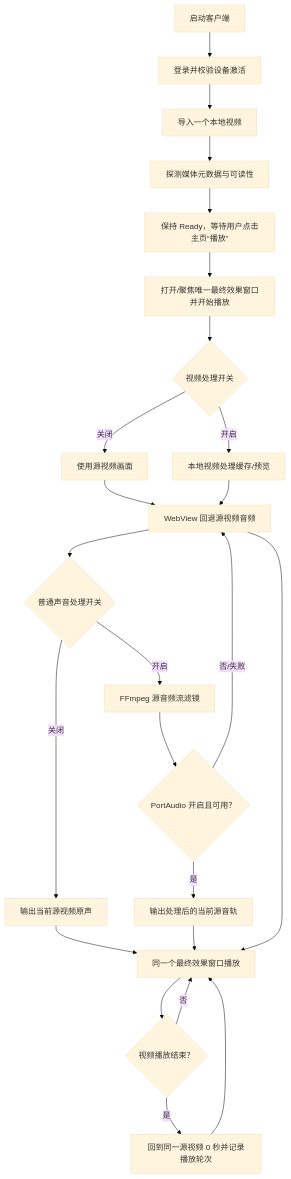
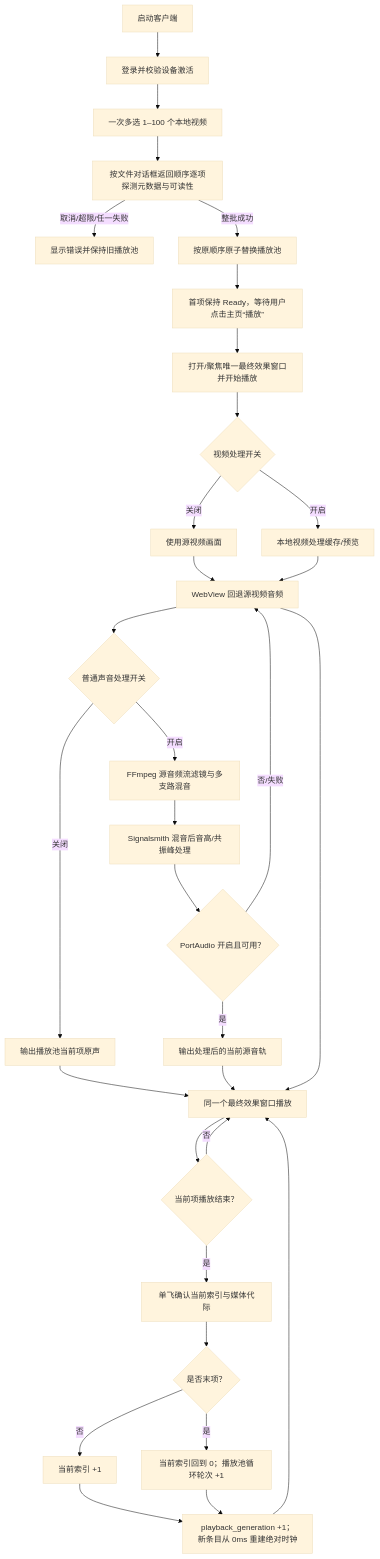
One commit to asd494235908/autolive changed the first of 4 diagrams in 桌面客户端架构.md. Above: the diagram before and after it, drawn with Mermaid (base theme). The commit also changed other lines of this file and 212 other files, not shown here.

Commit message:
feat: complete desktop media pipeline and activation flow

````diff
--- a/桌面客户端架构.md
+++ b/桌面客户端架构.md
@@ -105,26 +119,34 @@
 ```mermaid
 flowchart TD
     A[启动客户端] --> B[登录并校验设备激活]
-    B --> C[导入一个本地视频]
-    C --> D[探测媒体元数据与可读性]
-    D --> Ready[保持 Ready，等待用户点击主页“播放”]
+    B --> C[一次多选 1–100 个本地视频]
+    C --> D[按文件对话框返回顺序逐项探测元数据与可读性]
+    D -->|取消/超限/任一失败| Keep[显示错误并保持旧播放池]
+    D -->|整批成功| Pool[按原顺序原子替换播放池]
+    Pool --> Ready[首项保持 Ready，等待用户点击主页“播放”]
     Ready --> Open[打开/聚焦唯一最终效果窗口并开始播放]
     Open --> E{视频处理开关}
     E -->|关闭| F[使用源视频画面]
     E -->|开启| G[本地视频处理缓存/预览]
     F --> I[当前视频画面]
     G --> I
     I --> AudioSwitch{普通声音处理开关}
-    AudioSwitch -->|关闭| L[输出当前源视频原声]
-    AudioSwitch -->|开启| J[FFmpeg 源音频流滤镜]
-    J --> PA{PortAudio 开启且可用？}
+    AudioSwitch -->|关闭| L[输出播放池当前项原声]
+    AudioSwitch -->|开启| J[FFmpeg 源音频流滤镜与多支路混音]
+    J --> SS[Signalsmith 混音后音高/共振峰处理]
+    SS --> PA{PortAudio 开启且可用？}
     PA -->|是| H[输出处理后的当前源音轨]
     PA -->|否/失败| I[WebView 回退源视频音频]
     L --> U[同一个最终效果窗口播放]
     H --> U
     I --> U
-    U --> V{视频播放结束？}
+    U --> V{当前项播放结束？}
     V -->|否| U
-    V -->|是| W[回到同一源视频 0 秒并记录播放轮次]
-    W --> U
+    V -->|是| Advance[单飞确认当前索引与媒体代际]
+    Advance --> Last{是否末项？}
+    Last -->|否| Next[当前索引 +1]
+    Last -->|是| First[当前索引回到 0；播放池循环轮次 +1]
+    Next --> Generation[playback_generation +1；新条目从 0ms 重建绝对时钟]
+    First --> Generation
+    Generation --> U
 ```
````
